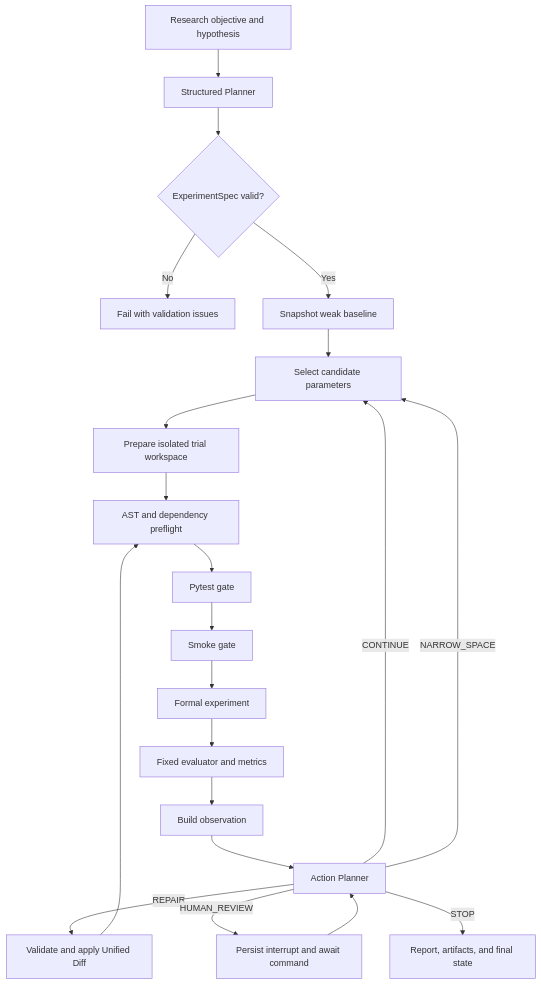
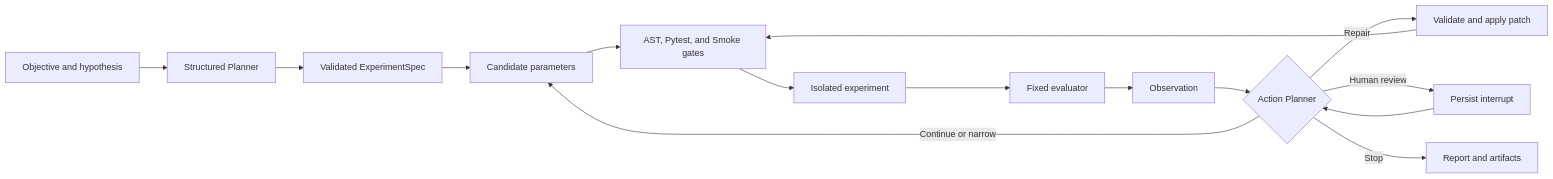
Before and after one commit to HeZhongTian-xjtu/AutoExp: the diagram in README.md, drawn with Mermaid. The commit also changed other lines of this file and 2 other files, not shown here.

````diff
--- a/README.md
+++ b/README.md
@@ -60,23 +38,17 @@
 ```mermaid
-flowchart TD
-    A[Research objective and hypothesis] --> B[Structured Planner]
-    B --> C{ExperimentSpec valid?}
-    C -- No --> Z[Fail with validation issues]
-    C -- Yes --> D[Snapshot weak baseline]
-    D --> E[Select candidate parameters]
-    E --> F[Prepare isolated trial workspace]
-    F --> G[AST and dependency preflight]
-    G --> H[Pytest gate]
-    H --> I[Smoke gate]
-    I --> J[Formal experiment]
-    J --> K[Fixed evaluator and metrics]
-    K --> L[Build observation]
-    L --> M[Action Planner]
-    M -- CONTINUE --> E
-    M -- NARROW_SPACE --> E
-    M -- REPAIR --> N[Validate and apply Unified Diff]
-    N --> G
-    M -- HUMAN_REVIEW --> O[Persist interrupt and await command]
-    M -- STOP --> P[Report, artifacts, and final state]
-    O --> M
+flowchart LR
+    A[Objective and hypothesis] --> B[Structured Planner]
+    B --> C[Validated ExperimentSpec]
+    C --> D[Candidate parameters]
+    D --> E[AST, Pytest, and Smoke gates]
+    E --> F[Isolated experiment]
+    F --> G[Fixed evaluator]
+    G --> H[Observation]
+    H --> I{Action Planner}
+    I -->|Continue or narrow| D
+    I -->|Repair| J[Validate and apply patch]
+    J --> E
+    I -->|Human review| K[Persist interrupt]
+    K --> I
+    I -->|Stop| L[Report and artifacts]
 ```
````
